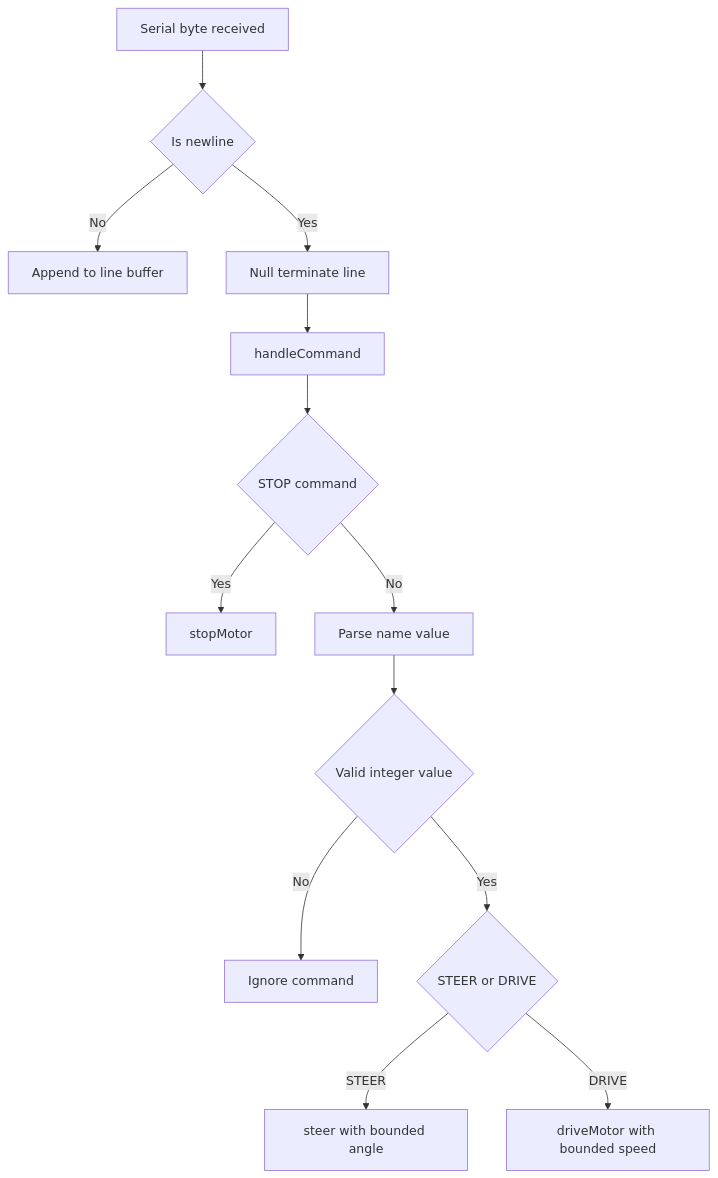
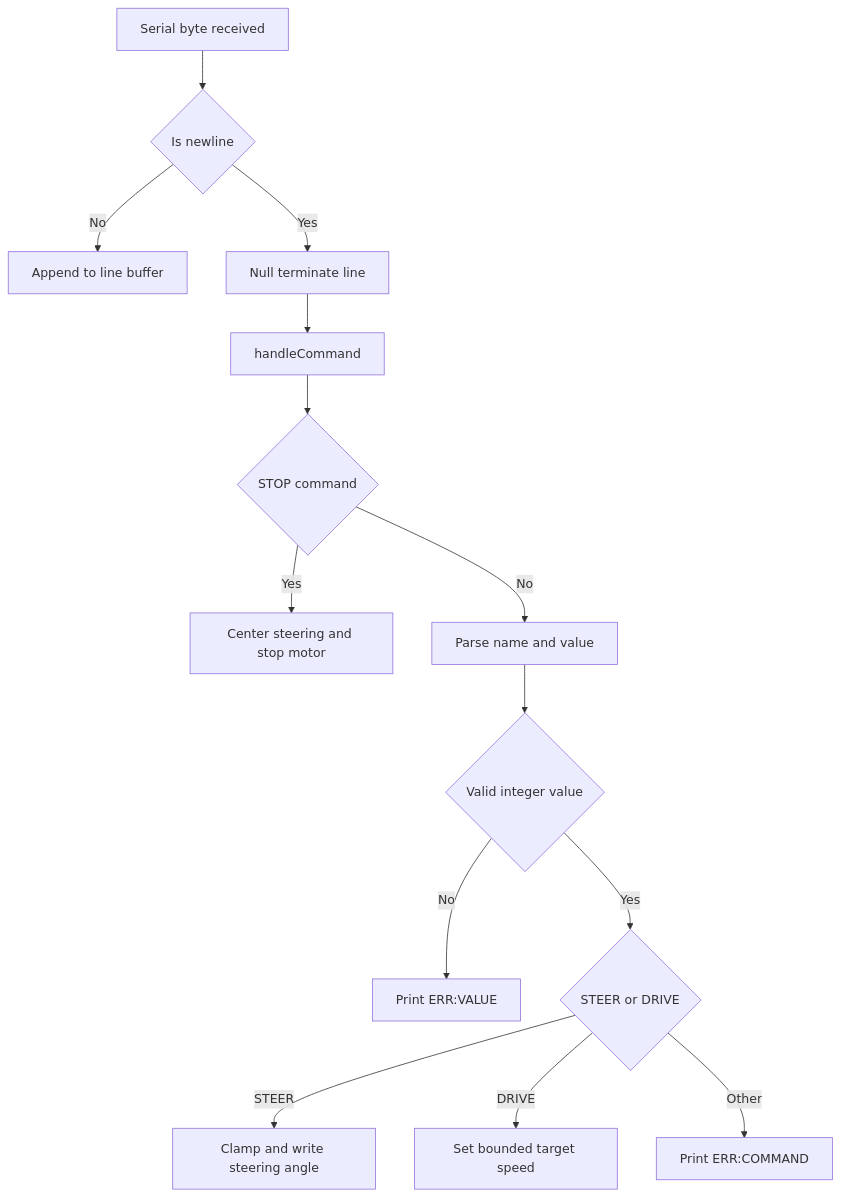
One commit to berkemutluu/Flame-WRO-FE changed the fifth of 8 diagrams in README.md. Above: the diagram before and after it, drawn with Mermaid. The commit also changed other lines of this file, not shown here.

````diff
--- a/README.md
+++ b/README.md
@@ -893,15 +957,16 @@
-```mermaid
-flowchart TD
-    A[Serial byte received] --> B{Is newline}
-    B -- No --> C[Append to line buffer]
-    B -- Yes --> D[Null terminate line]
-    D --> E[handleCommand]
-    E --> F{STOP command}
-    F -- Yes --> G[stopMotor]
-    F -- No --> H[Parse name value]
-    H --> I{Valid integer value}
-    I -- No --> J[Ignore command]
-    I -- Yes --> K{STEER or DRIVE}
-    K -- STEER --> L[steer with bounded angle]
-    K -- DRIVE --> M[driveMotor with bounded speed]
-```
+```mermaid  
+flowchart TD  
+    A[Serial byte received] --> B{Is newline}  
+    B -- No --> C[Append to line buffer]  
+    B -- Yes --> D[Null terminate line]  
+    D --> E[handleCommand]  
+    E --> F{STOP command}  
+    F -- Yes --> G[Center steering and stop motor]  
+    F -- No --> H[Parse name and value]  
+    H --> I{Valid integer value}  
+    I -- No --> J[Print ERR:VALUE]  
+    I -- Yes --> K{STEER or DRIVE}  
+    K -- STEER --> L[Clamp and write steering angle]  
+    K -- DRIVE --> M[Set bounded target speed]  
+    K -- Other --> N[Print ERR:COMMAND]  
+```  
````
